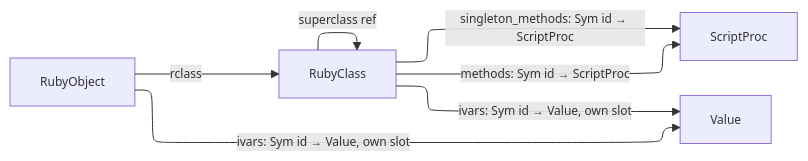
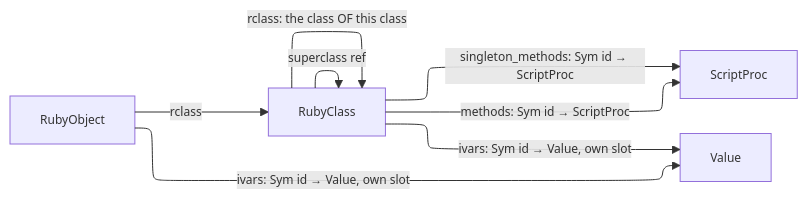
Before and after one commit to ModelArmy/adjutant.cr: the fourth of 12 diagrams in DEVELOPMENT.md, drawn with Mermaid. The commit also changed other lines of this file and 30 other files, not shown here.

````diff
--- a/DEVELOPMENT.md
+++ b/DEVELOPMENT.md
@@ -230,16 +232,17 @@
 ```mermaid
 ---
 displayMode: compact
 config:
   layout: elk
   themeVariables:
     fontSize: 12px
 ---
 flowchart LR
     RubyClass -->|superclass ref| RubyClass
+    RubyClass -->|rclass: the class OF this class| RubyClass
     RubyClass -->|methods: Sym id → ScriptProc| ScriptProc
     RubyClass -->|singleton_methods: Sym id → ScriptProc| ScriptProc
     RubyClass -->|ivars: Sym id → Value, own slot| Value
     RubyObject -->|rclass| RubyClass
     RubyObject -->|ivars: Sym id → Value, own slot| Value
 ```
````
